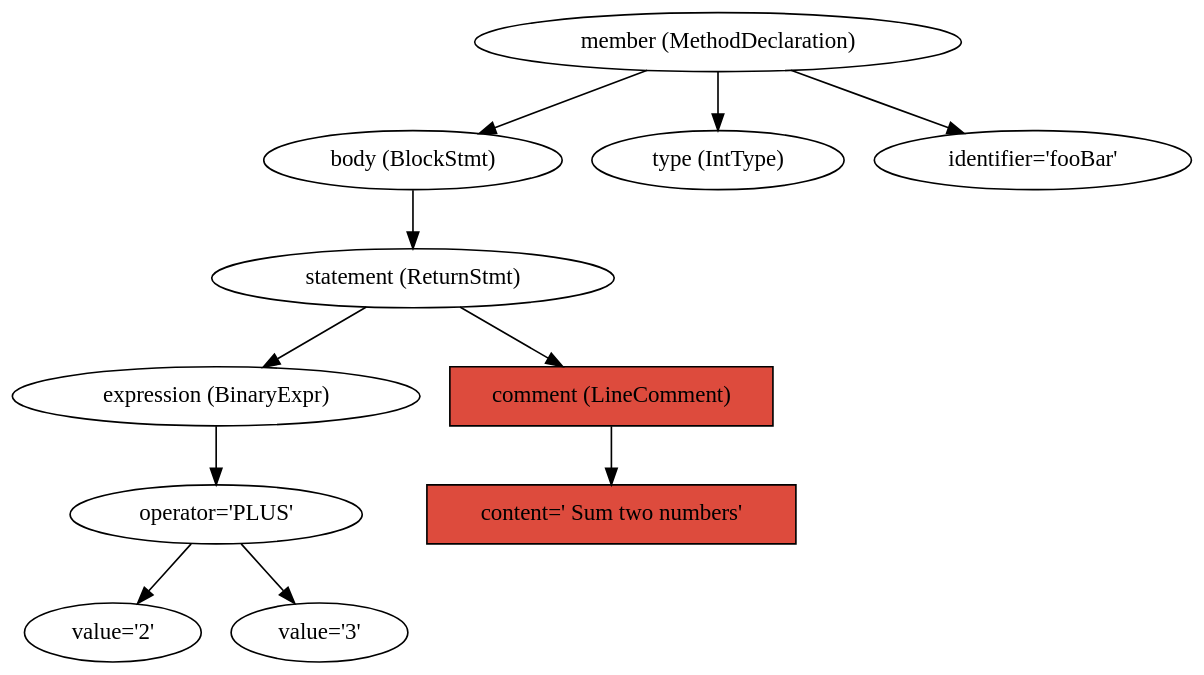
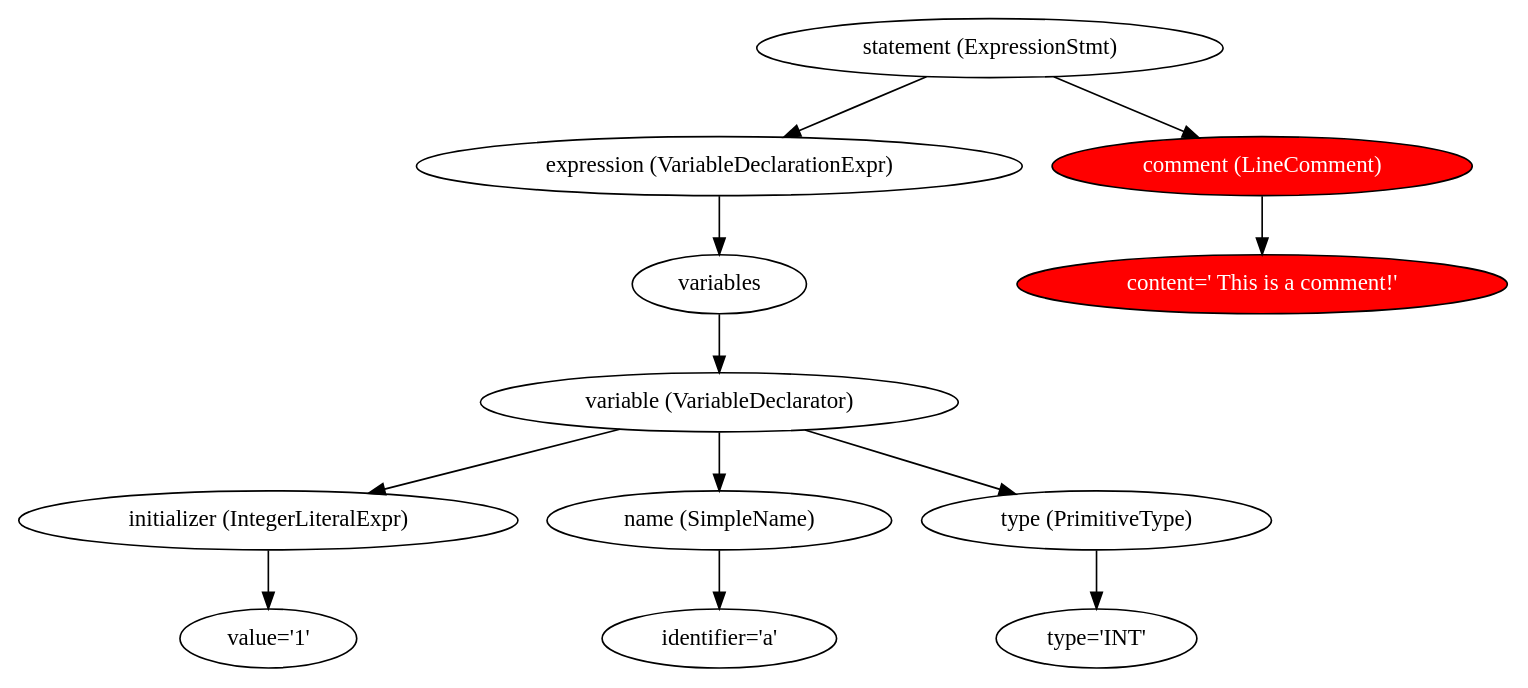
Before and after one commit to bacevicius/code2seq_codecaptioning: the diagram in JavaExtractor/JPredict/ast_with_com.dot, drawn with Graphviz. The commit also changed 30 other files, not shown here.

```diff
--- a/JavaExtractor/JPredict/ast_with_com.dot
+++ b/JavaExtractor/JPredict/ast_with_com.dot
@@ -1,30 +1,27 @@
-digraph {bgcolor="transparent"
+digraph {
 
-n7 [label="member (MethodDeclaration)"];
-n9 [label="body (BlockStmt)"];
-n7 -> n9;
-n10 [label="statement (ReturnStmt)"];
-n9 -> n10;
-n11 [label="expression (BinaryExpr)"];
+
+n10 [label="statement (ExpressionStmt)"];
+n11 [label="expression (VariableDeclarationExpr)"];
 n10 -> n11;
-n12 [label="operator='PLUS'"];
+n12 [label="variables"];
 n11 -> n12;
-n14 [label="value='2'"];
-n12 -> n14;
-n12 -> n16;
-n16 [label="value='3'"];
-n17 [label="comment (LineComment)"
-     fillcolor="#dd4b3d"
-     style=filled
-     shape=box];
-n10 -> n17;
-n18 [label="content=' Sum two numbers'"
-     fillcolor="#dd4b3d"
-     style=filled
-     shape=box];
-n17 -> n18;
-n19 [label="type (IntType)"];
-n7 -> n19;
-n21 [label="identifier='fooBar'"];
-n7 -> n21;
+n13 [label="variable (VariableDeclarator)"];
+n12 -> n13;
+n14 [label="initializer (IntegerLiteralExpr)"];
+n13 -> n14;
+n15 [label="value='1'"];
+n14 -> n15;
+n16 [label="name (SimpleName)"];
+n13 -> n16;
+n17 [label="identifier='a'"];
+n16 -> n17;
+n18 [label="type (PrimitiveType)"];
+n13 -> n18;
+n19 [label="type='INT'"];
+n18 -> n19;
+n20 [label="comment (LineComment)" fillcolor=red, style=filled, fontcolor=white];
+n10 -> n20;
+n21 [label="content=' This is a comment!'" fillcolor=red, style=filled, fontcolor=white];
+n20 -> n21;
 }
```
